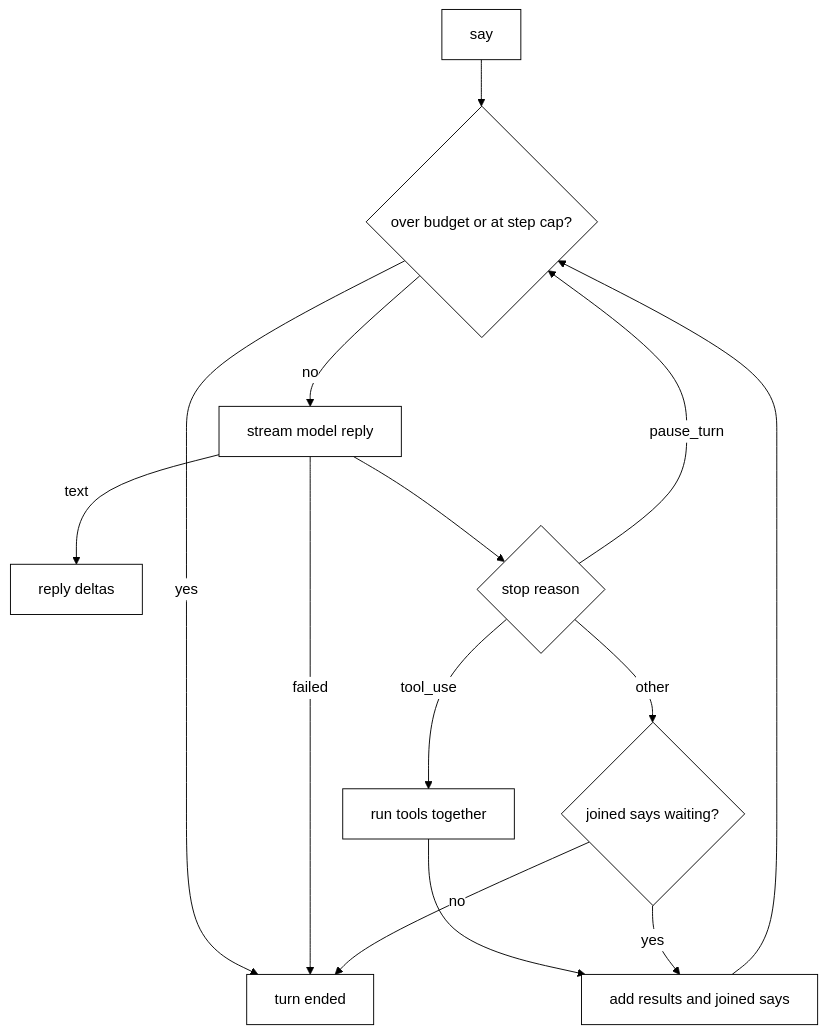
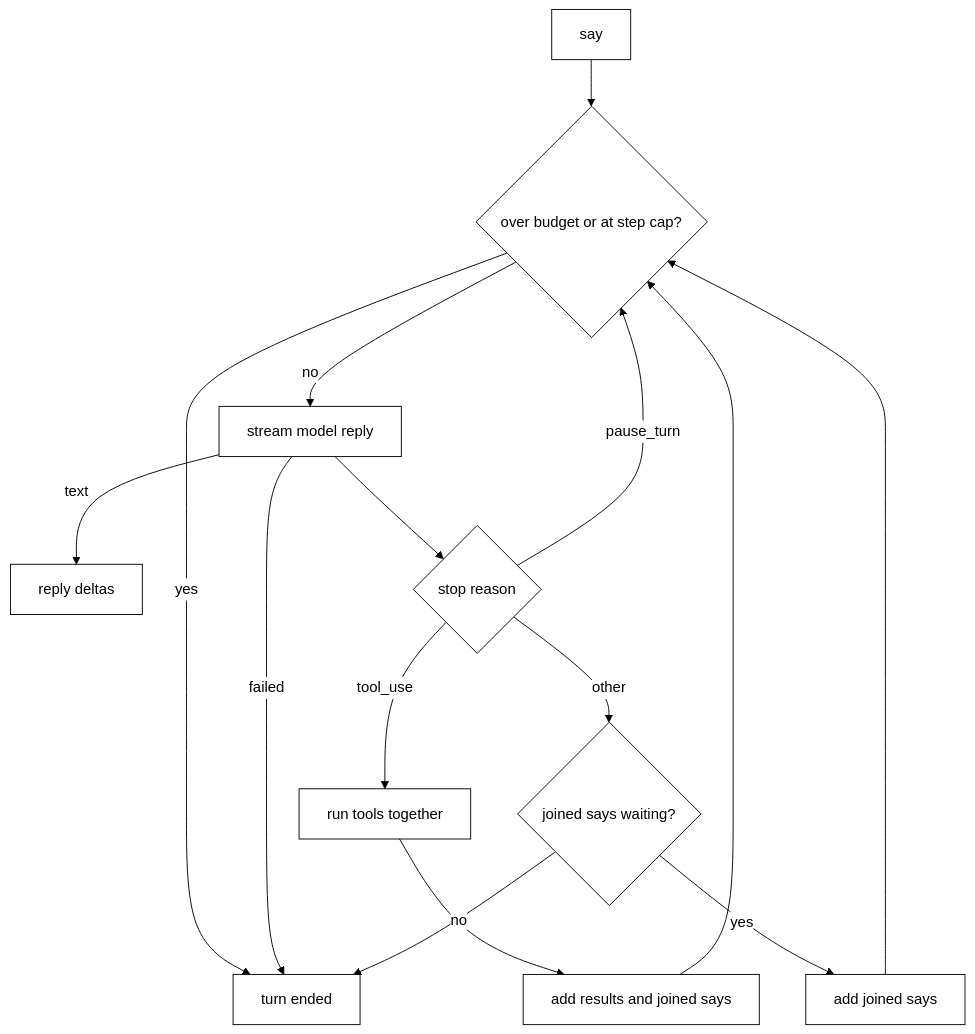
The first of 2 diagrams in docs/brain.md (nadeem4/tagalong), drawn with Mermaid before and after one commit. The commit also changed other lines of this file and 7 other files, not shown here.

````diff
--- a/docs/brain.md
+++ b/docs/brain.md
@@ -80,17 +82,18 @@
 ```mermaid
 %%{init: {'theme':'base','themeVariables':{'primaryColor':'#ffffff','primaryTextColor':'#000000','primaryBorderColor':'#000000','lineColor':'#000000'}}}%%
 flowchart TD
     A[say] --> B{over budget or at step cap?}
     B -->|yes| Z[turn ended]
     B -->|no| C[stream model reply]
     C -->|text| D[reply deltas]
     C -->|failed| Z
     C --> E{stop reason}
     E -->|tool_use| F[run tools together]
     F --> G[add results and joined says]
     G --> B
     E -->|pause_turn| B
     E -->|other| H{joined says waiting?}
-    H -->|yes| G
+    H -->|yes| J[add joined says]
+    J --> B
     H -->|no| Z
 ```
````
